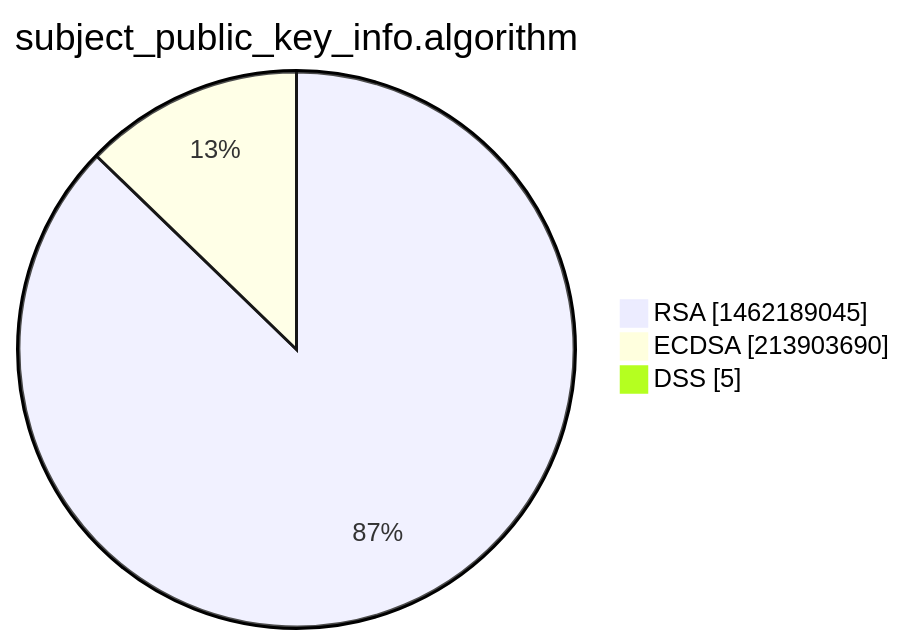
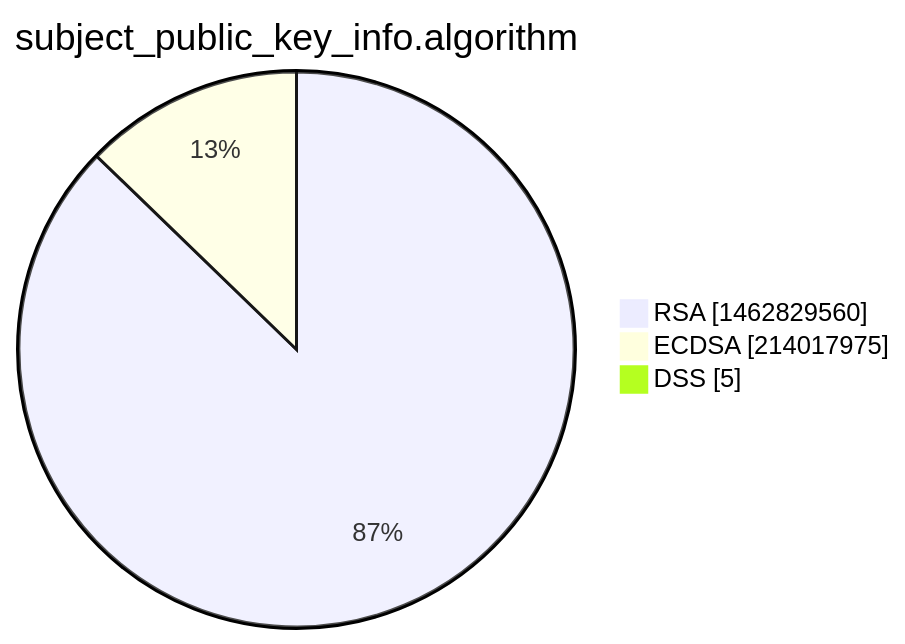
Before and after one commit to christiankrug/ctmonitor_visualization: the third of 15 diagrams in xenon2022/README.md, drawn with Mermaid. The commit also changed other lines of this file, not shown here.

````diff
--- a/xenon2022/README.md
+++ b/xenon2022/README.md
@@ -14,7 +14,7 @@
 ```mermaid
 pie showData
 title subject_public_key_info.algorithm
-"RSA" :1462189045
-"ECDSA" :213903690
+"RSA" :1462829560
+"ECDSA" :214017975
 "DSS" :5
 ```
````
